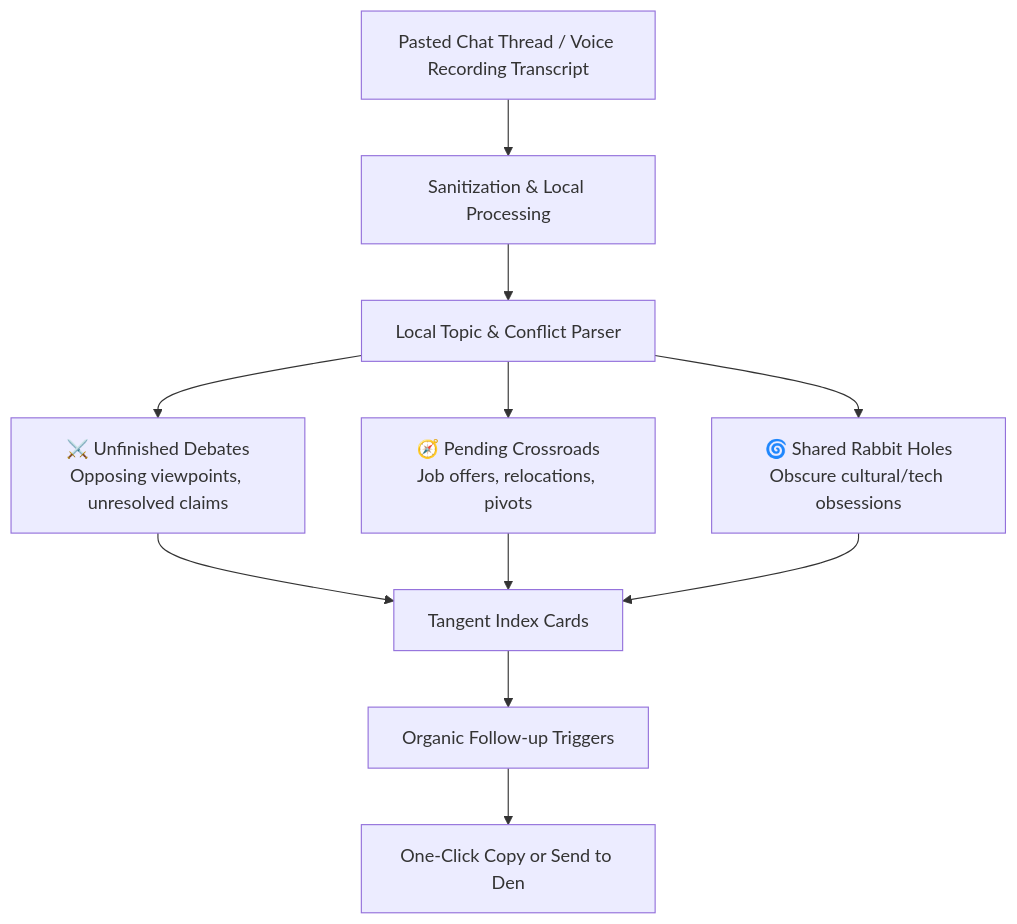
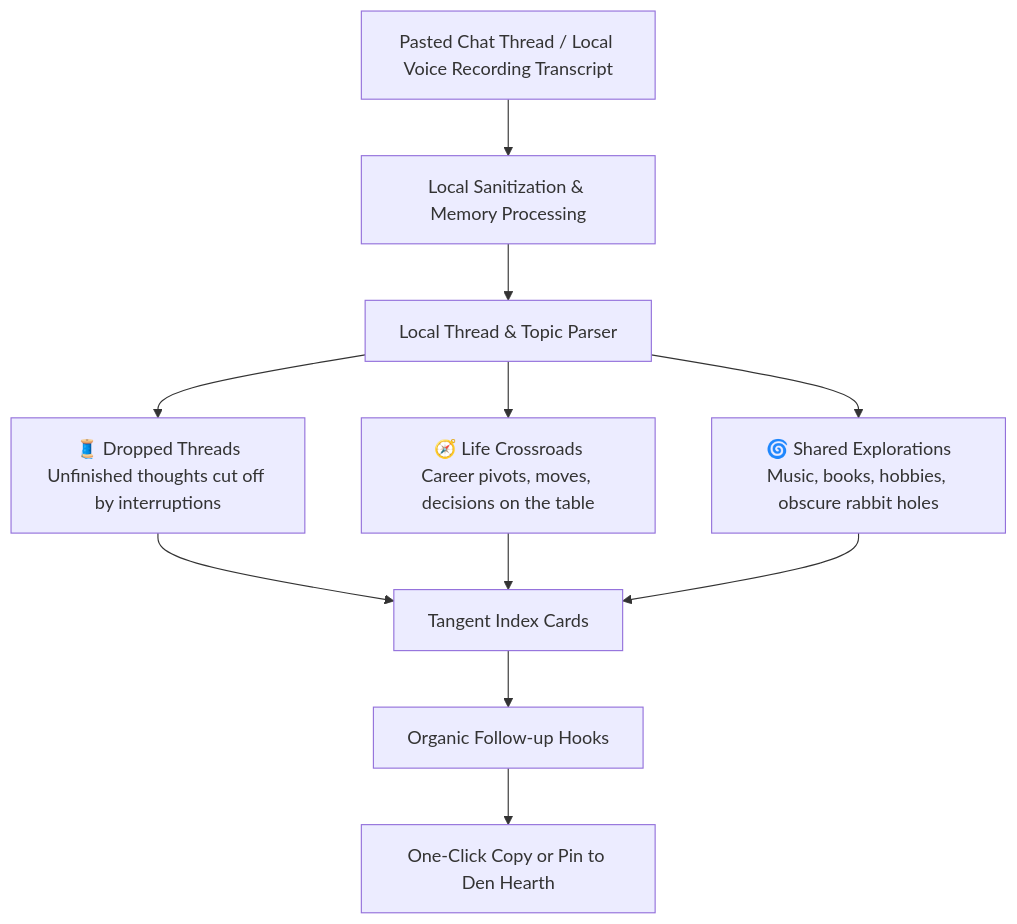
One commit to AnirudhBadri/Intimate-Social-Media changed the diagram in artifacts/ai_agents_and_synthetic_banter_architecture.md. Above: the diagram before and after it, drawn with Mermaid. The commit also changed other lines of this file and 2 other files, not shown here.

Commit message:
docs: adopt Tirukkural 784, reframe tangents as conversation memory, rename exhausts to traces, and diagnose friendship dynamics

````diff
--- a/artifacts/ai_agents_and_synthetic_banter_architecture.md
+++ b/artifacts/ai_agents_and_synthetic_banter_architecture.md
@@ -35,16 +39,16 @@
 ```mermaid
 graph TD
-    RawInput[Pasted Chat Thread / Voice Recording Transcript] --> Ingest[Sanitization & Local Processing]
-    Ingest --> Classifier[Local Topic & Conflict Parser]
+    RawInput[Pasted Chat Thread / Local Voice Recording Transcript] --> Ingest[Local Sanitization & Memory Processing]
+    Ingest --> Classifier[Local Thread & Topic Parser]
     
-    Classifier --> Debate[⚔️ Unfinished Debates<br/>Opposing viewpoints, unresolved claims]
-    Classifier --> Decision[🧭 Pending Crossroads<br/>Job offers, relocations, pivots]
-    Classifier --> RabbitHole[🌀 Shared Rabbit Holes<br/>Obscure cultural/tech obsessions]
+    Classifier --> DroppedThread[🧵 Dropped Threads<br/>Unfinished thoughts cut off by interruptions]
+    Classifier --> Decision[🧭 Life Crossroads<br/>Career pivots, moves, decisions on the table]
+    Classifier --> SharedInterest[🌀 Shared Explorations<br/>Music, books, hobbies, obscure rabbit holes]
     
-    Debate --> CardGen[Tangent Index Cards]
+    DroppedThread --> CardGen[Tangent Index Cards]
     Decision --> CardGen
-    RabbitHole --> CardGen
+    SharedInterest --> CardGen
     
-    CardGen --> Starter[Organic Follow-up Triggers]
-    Starter --> Clipboard[One-Click Copy or Send to Den]
+    CardGen --> Starter[Organic Follow-up Hooks]
+    Starter --> Clipboard[One-Click Copy or Pin to Den Hearth]
 ```
````
